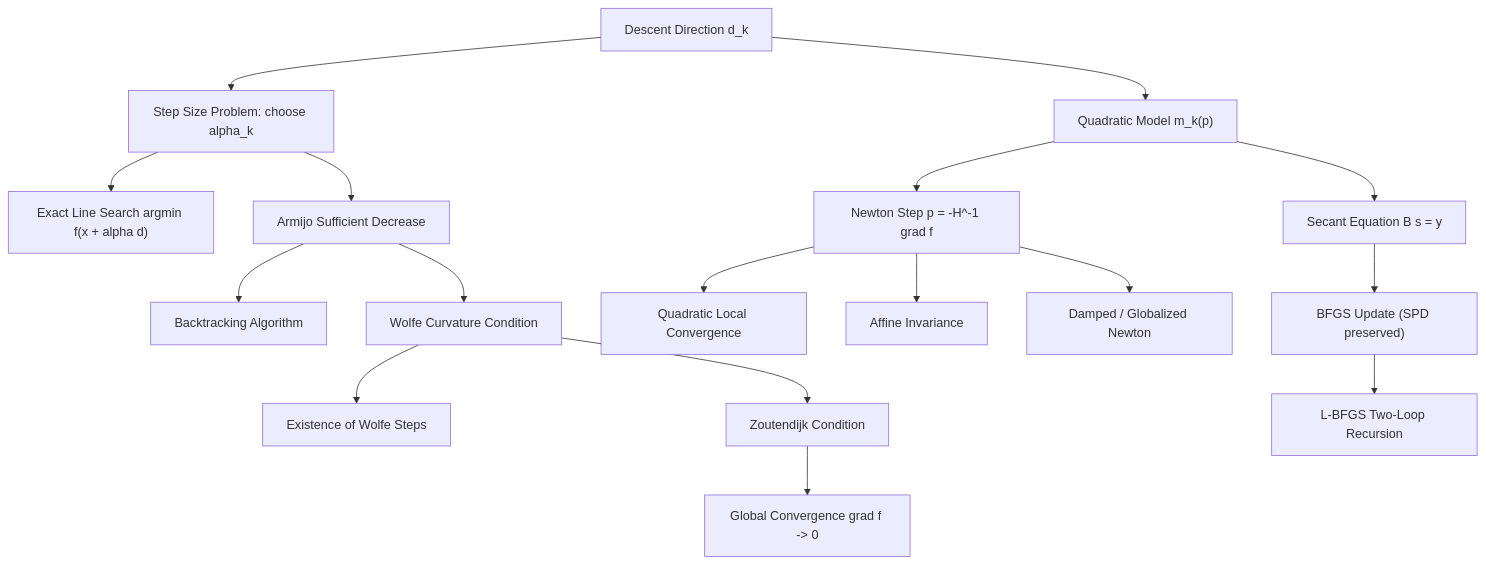
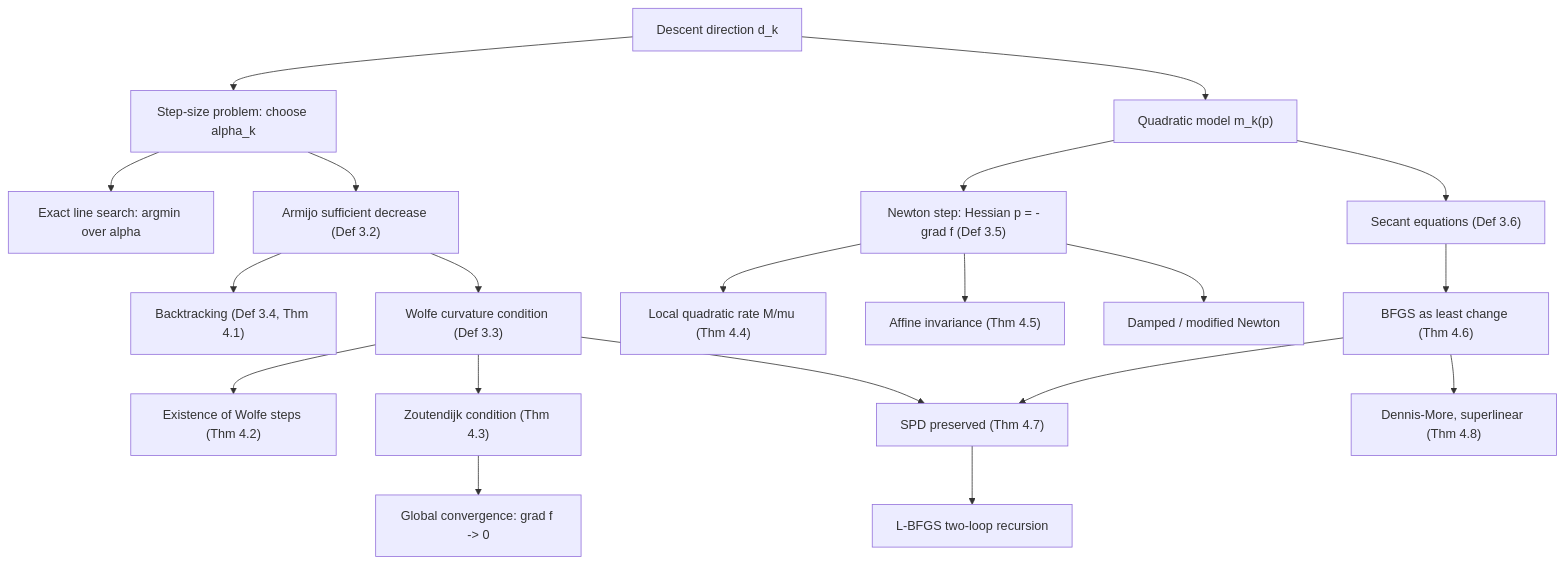
The diagram in optimization/04_line_search_newton_quasi_newton/README.md (hien078/applied-mathematics-foundation), drawn with Mermaid before and after one commit. The commit also changed other lines of this file and 150 other files, not shown here.

````diff
--- a/optimization/04_line_search_newton_quasi_newton/README.md
+++ b/optimization/04_line_search_newton_quasi_newton/README.md
@@ -26,19 +69,22 @@
 ```mermaid
 graph TD
-    A["Descent Direction d_k"] --> B["Step Size Problem: choose alpha_k"]
-    B --> C["Exact Line Search argmin f(x + alpha d)"]
-    B --> D["Armijo Sufficient Decrease"]
-    D --> E["Backtracking Algorithm"]
-    D --> F["Wolfe Curvature Condition"]
-    F --> G["Existence of Wolfe Steps"]
-    F --> H["Zoutendijk Condition"]
-    H --> I["Global Convergence grad f -> 0"]
-    A --> J["Quadratic Model m_k(p)"]
-    J --> K["Newton Step p = -H^-1 grad f"]
-    K --> L["Quadratic Local Convergence"]
-    K --> M["Affine Invariance"]
-    J --> N["Secant Equation B s = y"]
-    N --> O["BFGS Update (SPD preserved)"]
-    O --> P["L-BFGS Two-Loop Recursion"]
-    K --> Q["Damped / Globalized Newton"]
+    A["Descent direction d_k"] --> B["Step-size problem: choose alpha_k"]
+    B --> C["Exact line search: argmin over alpha"]
+    B --> D["Armijo sufficient decrease (Def 3.2)"]
+    D --> E["Backtracking (Def 3.4, Thm 4.1)"]
+    D --> F["Wolfe curvature condition (Def 3.3)"]
+    F --> G["Existence of Wolfe steps (Thm 4.2)"]
+    F --> H["Zoutendijk condition (Thm 4.3)"]
+    H --> I["Global convergence: grad f -> 0"]
+    A --> J["Quadratic model m_k(p)"]
+    J --> K["Newton step: Hessian p = -grad f (Def 3.5)"]
+    K --> L["Local quadratic rate M/mu (Thm 4.4)"]
+    K --> M["Affine invariance (Thm 4.5)"]
+    J --> N["Secant equations (Def 3.6)"]
+    N --> O["BFGS as least change (Thm 4.6)"]
+    O --> P["SPD preserved (Thm 4.7)"]
+    F --> P
+    P --> Q["L-BFGS two-loop recursion"]
+    O --> R["Dennis-More, superlinear (Thm 4.8)"]
+    K --> S["Damped / modified Newton"]
 ```
````
